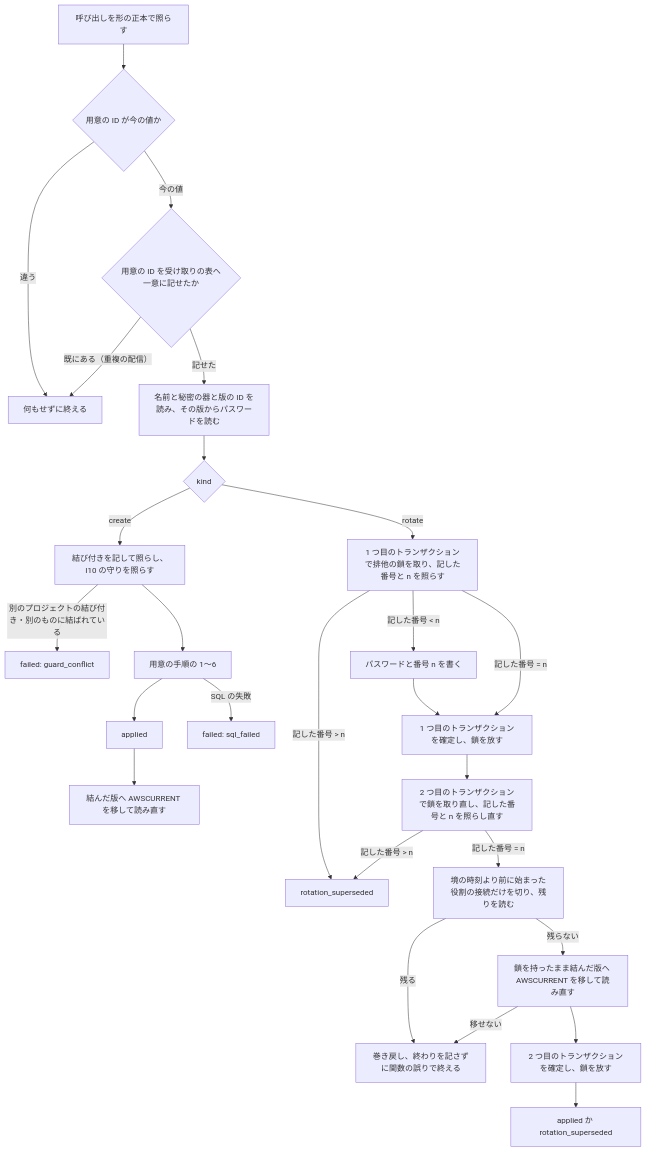
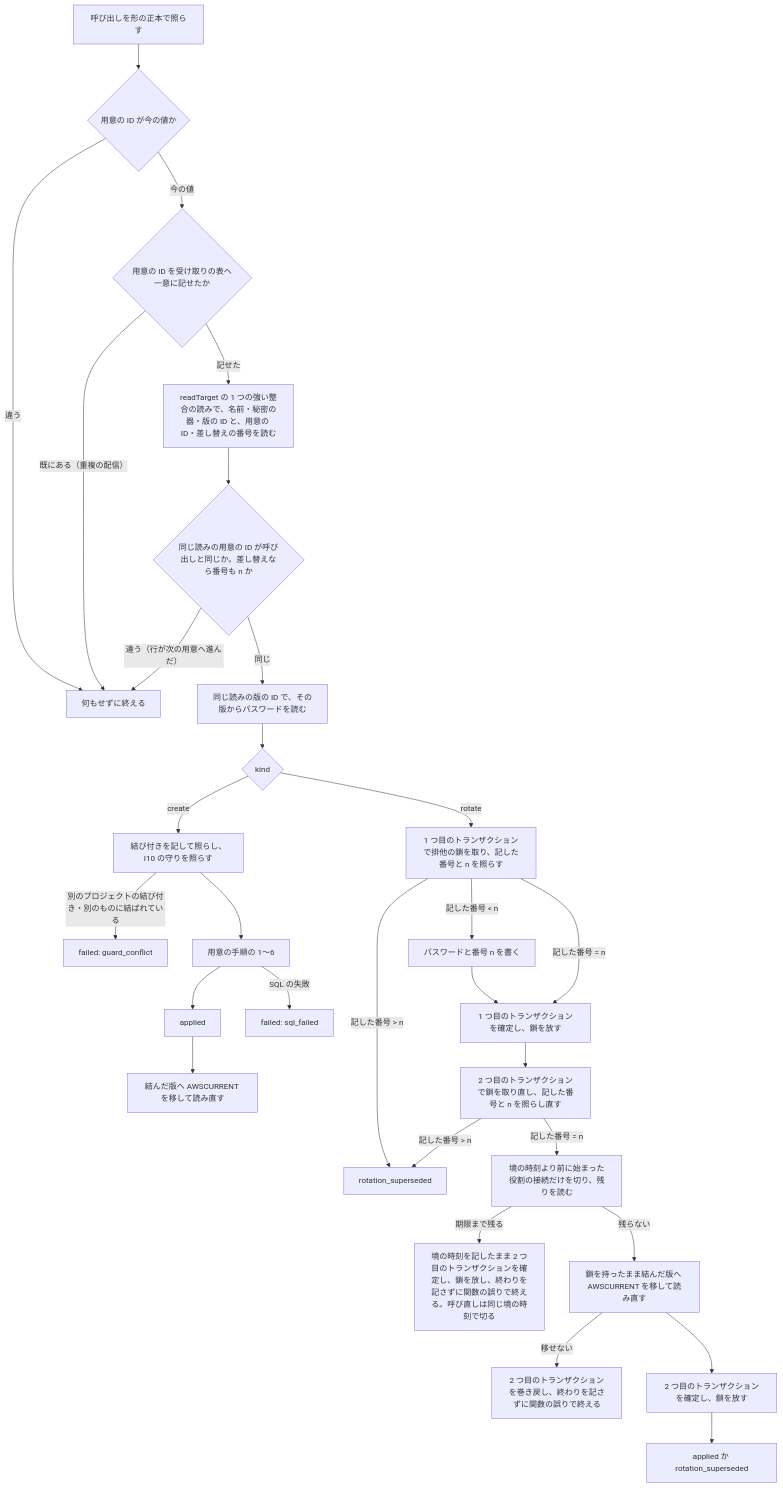
Before and after one commit to devbasex/nd-factory: the third of 3 diagrams in issues/issue-13-design.md, drawn with Mermaid. The commit also changed 1 other file, not shown here.

Commit message:
Docs: #13 両図に readTarget の照合と、古い接続が残るときに境の時刻を確定する手順を入れる（r3-4・r3-5）（#13）
処理の流れの図と用意と差し替えの順の図で、受け取りの後に readTarget の同じ読みで得た用意の ID と
差し替えの番号を照らし、違えば版を読まずに終える分岐を足す。古い接続が期限まで残る分岐は、
実装のとおり境の時刻を記したまま確定して終わりを記さずに落ち、版の移しに失敗したときだけ巻き戻す。

````diff
--- a/issues/issue-13-design.md
+++ b/issues/issue-13-design.md
@@ -186,28 +186,31 @@
 ```mermaid
 flowchart TD
     A[呼び出しを形の正本で照らす] --> B{用意の ID が今の値か}
     B -->|違う| X[何もせずに終える]
     B -->|今の値| Q{用意の ID を受け取りの表へ一意に記せたか}
     Q -->|既にある（重複の配信）| X
-    Q -->|記せた| C[名前と秘密の器と版の ID を読み、その版からパスワードを読む]
+    Q -->|記せた| T[readTarget の 1 つの強い整合の読みで、名前・秘密の器・版の ID と、用意の ID・差し替えの番号を読む]
+    T --> TC{同じ読みの用意の ID が呼び出しと同じか。差し替えなら番号も n か}
+    TC -->|違う（行が次の用意へ進んだ）| X
+    TC -->|同じ| C[同じ読みの版の ID で、その版からパスワードを読む]
     C --> D{kind}
     D -->|create| G[結び付きを記して照らし、I10 の守りを照らす]
     G -->|別のプロジェクトの結び付き・別のものに結ばれている| F2["failed: guard_conflict"]
     G --> H[用意の手順の 1〜6]
     H --> OK[applied]
     OK --> P[結んだ版へ AWSCURRENT を移して読み直す]
     H -->|SQL の失敗| F4["failed: sql_failed"]
     D -->|rotate| R[1 つ目のトランザクションで排他の鎖を取り、記した番号と n を照らす]
     R -->|記した番号 < n| W[パスワードと番号 n を書く]
     W --> C1[1 つ目のトランザクションを確定し、鎖を放す]
     R -->|記した番号 = n| C1
     R -->|記した番号 > n| S[rotation_superseded]
     C1 --> L2[2 つ目のトランザクションで鎖を取り直し、記した番号と n を照らし直す]
     L2 -->|記した番号 > n| S
     L2 -->|記した番号 = n| K[境の時刻より前に始まった役割の接続だけを切り、残りを読む]
-    K -->|残る| E3[巻き戻し、終わりを記さずに関数の誤りで終える]
+    K -->|期限まで残る| E4[境の時刻を記したまま 2 つ目のトランザクションを確定し、鎖を放し、終わりを記さずに関数の誤りで終える。呼び直しは同じ境の時刻で切る]
     K -->|残らない| P2[鎖を持ったまま結んだ版へ AWSCURRENT を移して読み直す]
-    P2 -->|移せない| E3
+    P2 -->|移せない| E3[2 つ目のトランザクションを巻き戻し、終わりを記さずに関数の誤りで終える]
     P2 --> C2[2 つ目のトランザクションを確定し、鎖を放す]
     C2 --> OK2[applied か rotation_superseded]
 ```
````
